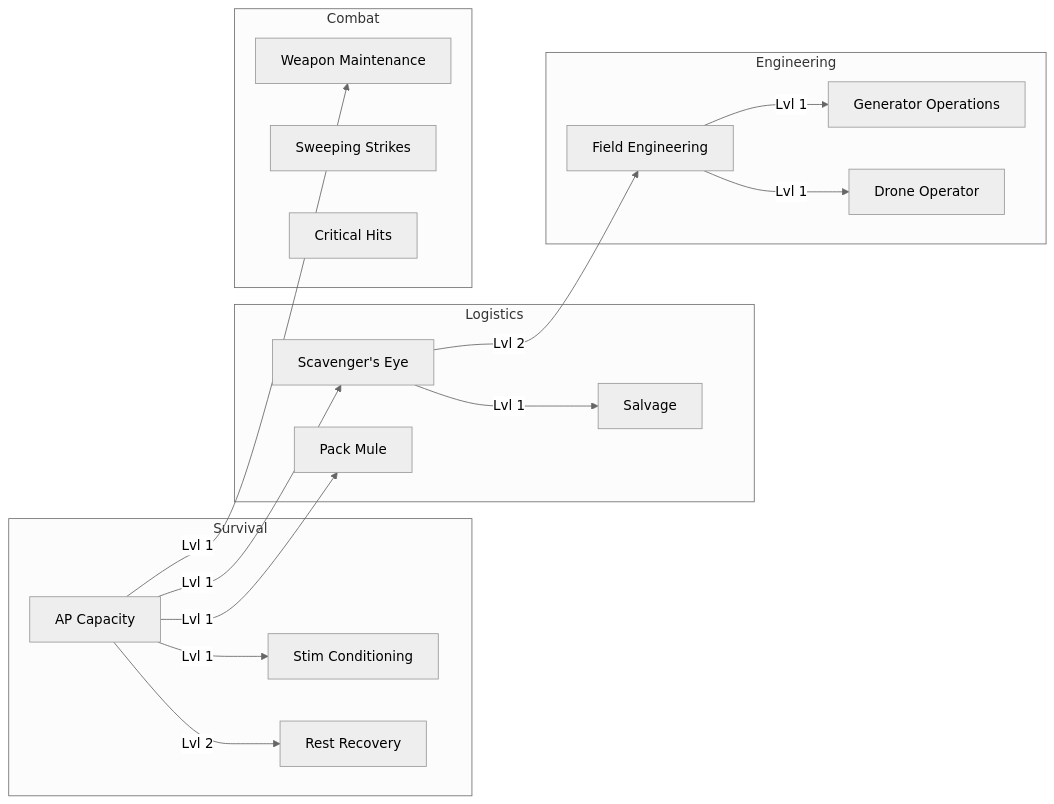
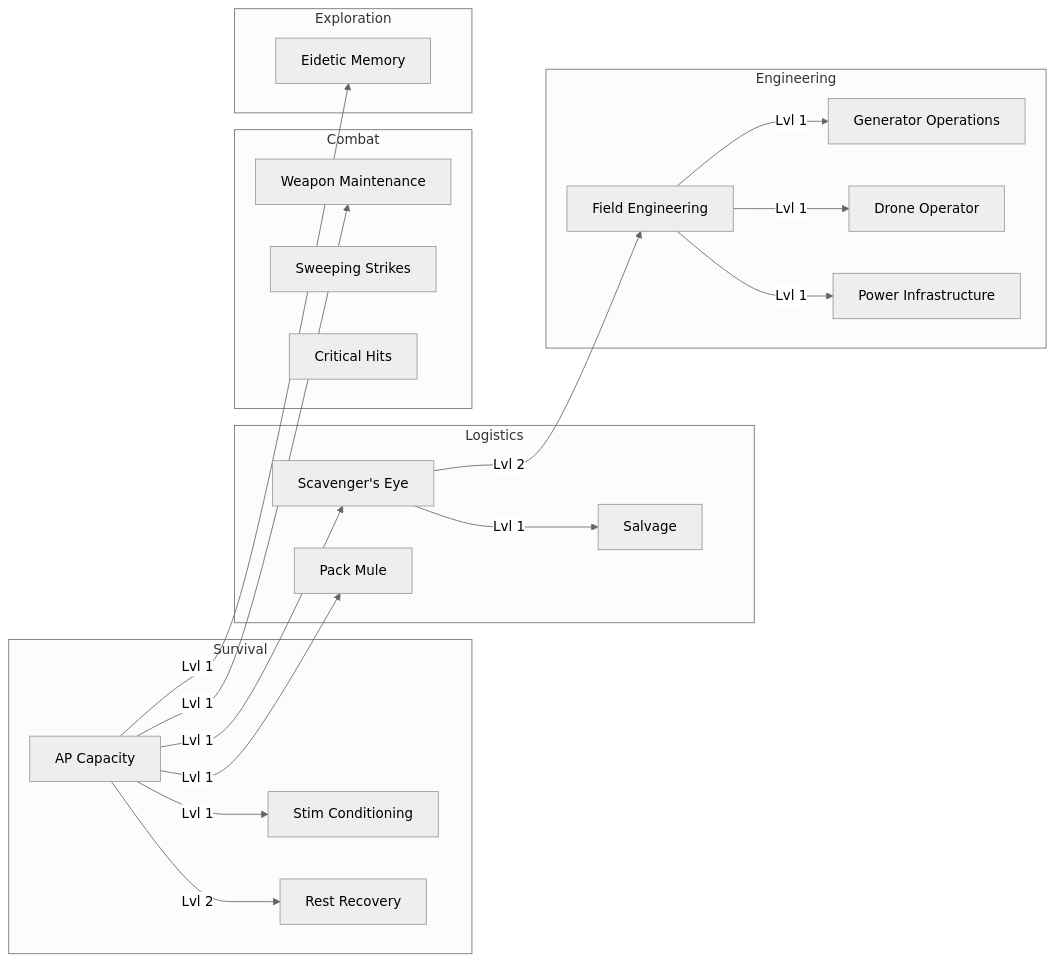
Before and after one commit to 2phost/hex-survival-wiki: the diagram in content/Skills/index.md, drawn with Mermaid (neutral theme). The commit also changed other lines of this file and 186 other files, not shown here.

````diff
--- a/content/Skills/index.md
+++ b/content/Skills/index.md
@@ -10,51 +10,60 @@
 ```mermaid
 graph LR
-    subgraph S[Survival]
-        AP[AP Capacity]
-        SC[Stim Conditioning]
-        RR[Rest Recovery]
-    end
+ subgraph S[Survival]
+  AP[AP Capacity]
+  SC[Stim Conditioning]
+  RR[Rest Recovery]
+ end
 
-    subgraph L[Logistics]
-        SE[Scavenger's Eye]
-        PM[Pack Mule]
-        SL[Salvage]
-    end
+ subgraph L[Logistics]
+  SE[Scavenger's Eye]
+  PM[Pack Mule]
+  SL[Salvage]
+ end
 
-    subgraph C[Combat]
-        WM[Weapon Maintenance]
-        SS[Sweeping Strikes]
-        CH[Critical Hits]
-    end
+ subgraph C[Combat]
+  WM[Weapon Maintenance]
+  SS[Sweeping Strikes]
+  CH[Critical Hits]
+ end
 
-    subgraph E[Engineering]
-        FE[Field Engineering]
-        GO[Generator Operations]
-        DO[Drone Operator]
-    end
+ subgraph E[Engineering]
+  FE[Field Engineering]
+  GO[Generator Operations]
+  DO[Drone Operator]
+  PI[Power Infrastructure]
+ end
 
-    AP -->|Lvl 1| SE
-    AP -->|Lvl 1| PM
-    AP -->|Lvl 1| SC
-    AP -->|Lvl 1| WM
-    AP -->|Lvl 2| RR
-    
-    SE -->|Lvl 1| SL
-    SE -->|Lvl 2| FE
-    
-    FE -->|Lvl 1| GO
-    FE -->|Lvl 1| DO
+ subgraph EX[Exploration]
+  EI[Eidetic Memory]
+ end
 
-    click AP "/Skills/ap_capacity"
-    click RR "/Skills/rest_recovery"
-    click SC "/Skills/stim_conditioning"
-    click SE "/Skills/scavenger_eye"
-    click PM "/Skills/pack_mule"
-    click SL "/Skills/salvage"
-    click FE "/Skills/field_engineering"
-    click GO "/Skills/generator_operations"
-    click DO "/Skills/drone_operator"
-    click WM "/Skills/weapon_maintenance"
-    click SS "/Skills/sweeping_strikes"
-    click CH "/Skills/critical_hits"
+ AP -->|Lvl 1| SE
+ AP -->|Lvl 1| PM
+ AP -->|Lvl 1| SC
+ AP -->|Lvl 1| WM
+ AP -->|Lvl 1| EI
+ AP -->|Lvl 2| RR
+ 
+ SE -->|Lvl 1| SL
+ SE -->|Lvl 2| FE
+ 
+ FE -->|Lvl 1| GO
+ FE -->|Lvl 1| DO
+ FE -->|Lvl 1| PI
+
+ click AP "/Skills/ap_capacity"
+ click RR "/Skills/rest_recovery"
+ click SC "/Skills/stim_conditioning"
+ click SE "/Skills/scavenger_eye"
+ click PM "/Skills/pack_mule"
+ click SL "/Skills/salvage"
+ click FE "/Skills/field_engineering"
+ click GO "/Skills/generator_operations"
+ click DO "/Skills/drone_operator"
+ click PI "/Skills/power_infrastructure"
+ click EI "/Skills/eidetic_memory"
+ click WM "/Skills/weapon_maintenance"
+ click SS "/Skills/sweeping_strikes"
+ click CH "/Skills/critical_hits"
 ```
````
